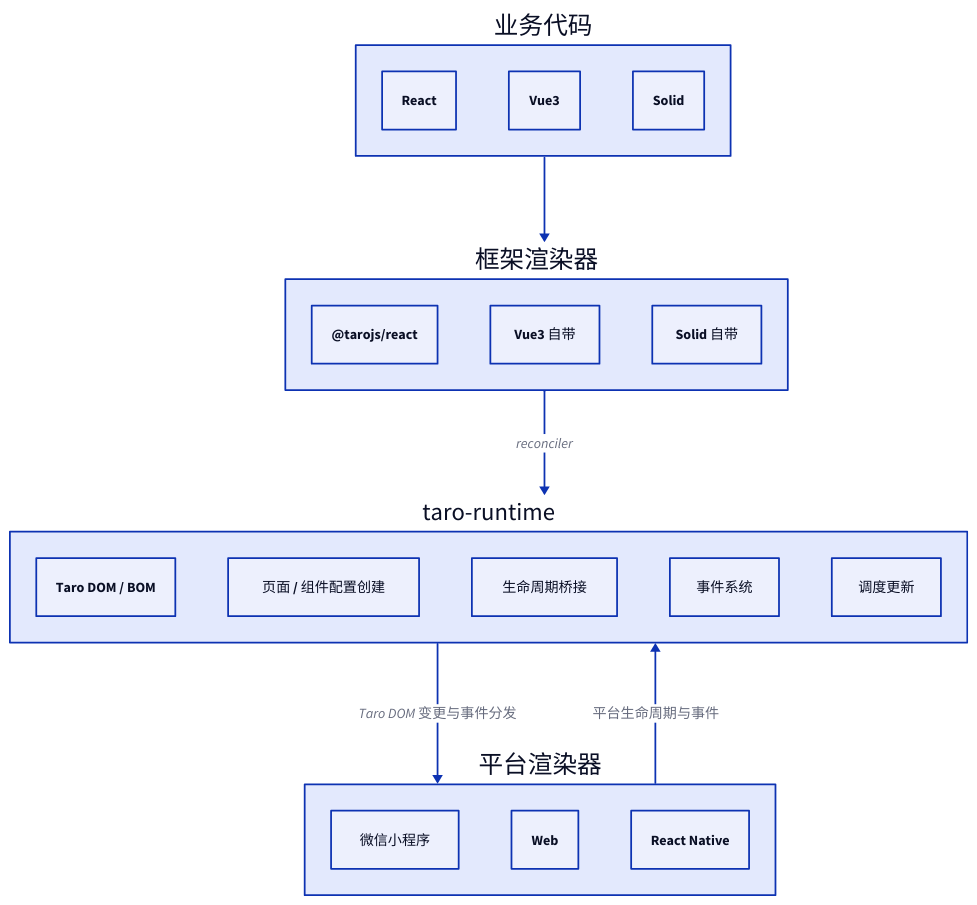
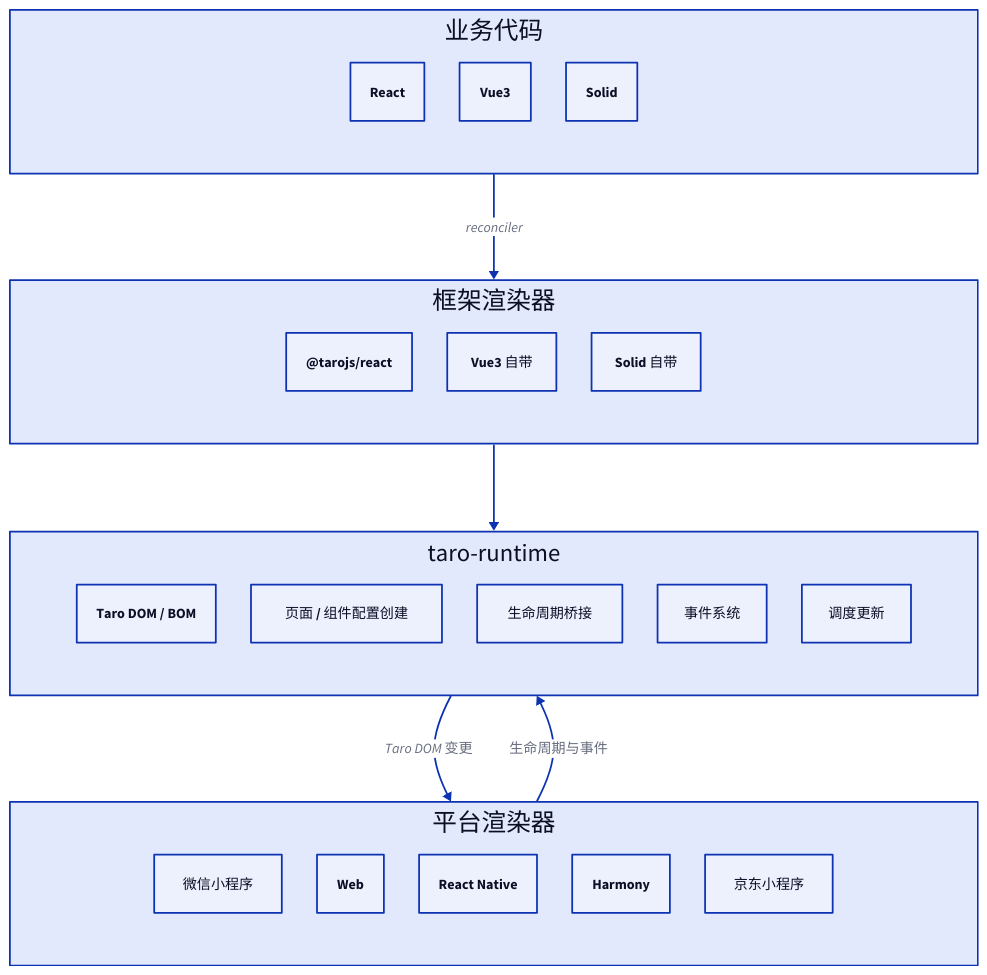
The second of 7 diagrams in apps/docs/experiences/微信小程序/Taro 原理与实践.md (youngluo/thinking), drawn with D2 before and after one commit. The commit also changed other lines of this file, not shown here.

Commit message:
docs: polish Taro architecture article

````diff
--- a/apps/docs/experiences/微信小程序/Taro 原理与实践.md
+++ b/apps/docs/experiences/微信小程序/Taro 原理与实践.md
@@ -160,42 +159,52 @@
-```d2
+```d2 maxHeight=500
 direction: down
 
-framework:  业务代码 {
+framework: 业务代码 {
+  grid-columns: 5
   class: group
+  width: 1100
 
   react: React
   vue: Vue3
   solid: Solid
 }
 
 renderer: 框架渲染器 {
+  grid-columns: 5
   class: group
+  width: 1100
 
   react: '@tarojs/react'
   vue: Vue3 自带
   solid: Solid 自带
 }
 
-core: taro-runtime {
+runtime: taro-runtime {
+  grid-columns: 5
   class: group
+  width: 1100
 
   dom: Taro DOM / BOM
-  b: 页面 / 组件配置创建
-  c: 生命周期桥接
+  config: 页面 / 组件配置创建
+  lifecycle: 生命周期桥接
   event: 事件系统
   schedule: 调度更新
 }
 
 platform: 平台渲染器 {
+  grid-columns: 5
   class: group
+  width: 1100
 
   weapp: 微信小程序
   web: Web
   rn: React Native
+  harmony: Harmony
+  jd: 京东小程序
 }
 
-framework -> renderer
-renderer -> core: reconciler
-core -> platform: Taro DOM 变更与事件分发
-platform -> core: 平台生命周期与事件
+framework -> renderer: reconciler
+renderer -> runtime
+runtime -> platform: Taro DOM 变更
+platform -> runtime: 生命周期与事件
 ```
````
